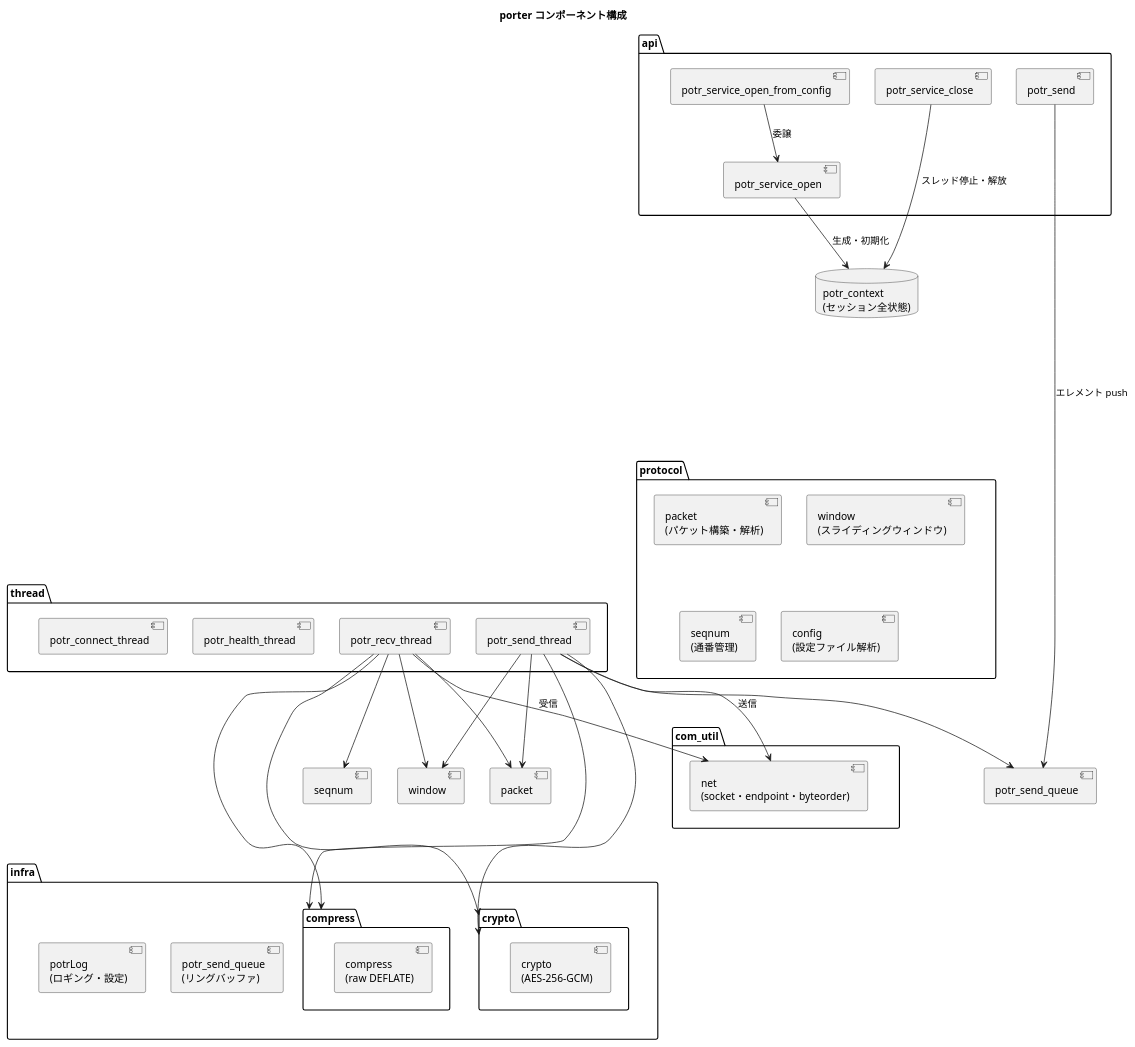
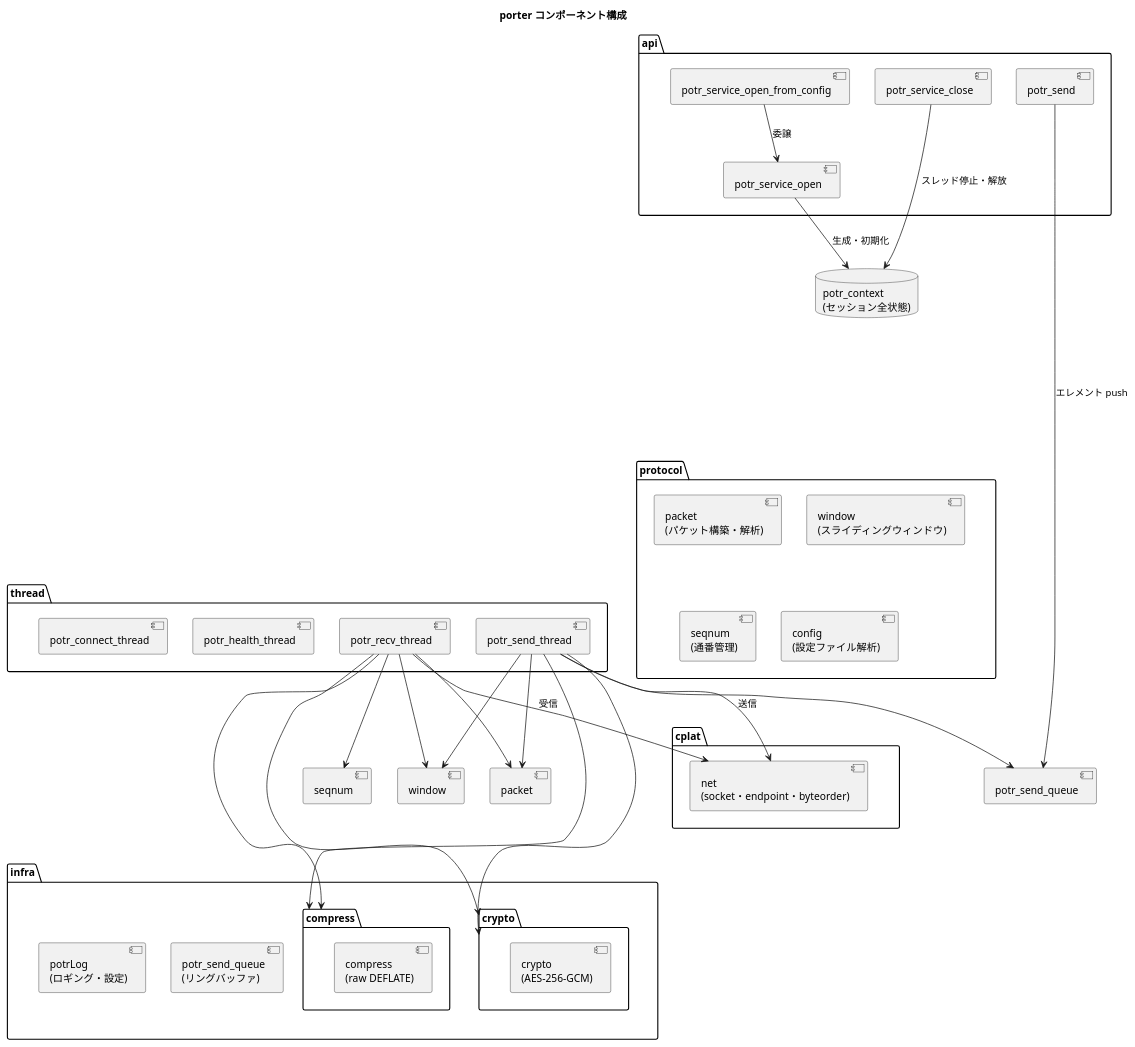
The sixth of 6 diagrams in docs/architecture.md (Hondarer/app_porter), drawn with PlantUML before and after one commit. The commit also changed other lines of this file and 82 other files, not shown here.

````diff
--- a/docs/architecture.md
+++ b/docs/architecture.md
@@ -320,68 +320,68 @@
 ```plantuml
 @startuml
 title porter コンポーネント構成
 
 package "api" {
   [potr_service_open]
   [potr_service_open_from_config]
   [potr_send]
   [potr_service_close]
 }
 
 package "thread" {
   [potr_recv_thread]
   [potr_send_thread]
   [potr_health_thread]
   [potr_connect_thread]
 }
 
 package "protocol" {
   [packet\n(パケット構築・解析)]
   [window\n(スライディングウィンドウ)]
   [seqnum\n(通番管理)]
   [config\n(設定ファイル解析)]
 }
 
 package "infra" {
   [potr_send_queue\n(リングバッファ)]
   [potrLog\n(ロギング・設定)]
   package "compress" {
     [compress\n(raw DEFLATE)]
   }
   package "crypto" {
     [crypto\n(AES-256-GCM)]
   }
 }
 
-package "com_util" {
+package "cplat" {
   [net\n(socket・endpoint・byteorder)]
 }
 
 database "potr_context\n(セッション全状態)" as CTX
 
 [potr_service_open] --> CTX : 生成・初期化
 [potr_service_open_from_config] --> [potr_service_open] : 委譲
 [potr_send] --> [potr_send_queue] : エレメント push
 [potr_service_close] --> CTX : スレッド停止・解放
 
 [potr_send_thread] --> [packet]
 [potr_send_thread] --> [window]
 [potr_send_thread] --> [compress]
 [potr_send_thread] --> [crypto]
 [potr_send_thread] --> [potr_send_queue]
 [potr_send_thread] --> [net\n(socket・endpoint・byteorder)] : 送信
 
 [potr_recv_thread] --> [packet]
 [potr_recv_thread] --> [window]
 [potr_recv_thread] --> [seqnum]
 [potr_recv_thread] --> [compress]
 [potr_recv_thread] --> [crypto]
 [potr_recv_thread] --> [net\n(socket・endpoint・byteorder)] : 受信
 
 api -[hidden]--thread
 thread -[hidden]-- infra
 api -[hidden]----- protocol
-protocol -[hidden]--com_util
+protocol -[hidden]--cplat
 
 @enduml
 ```
````
